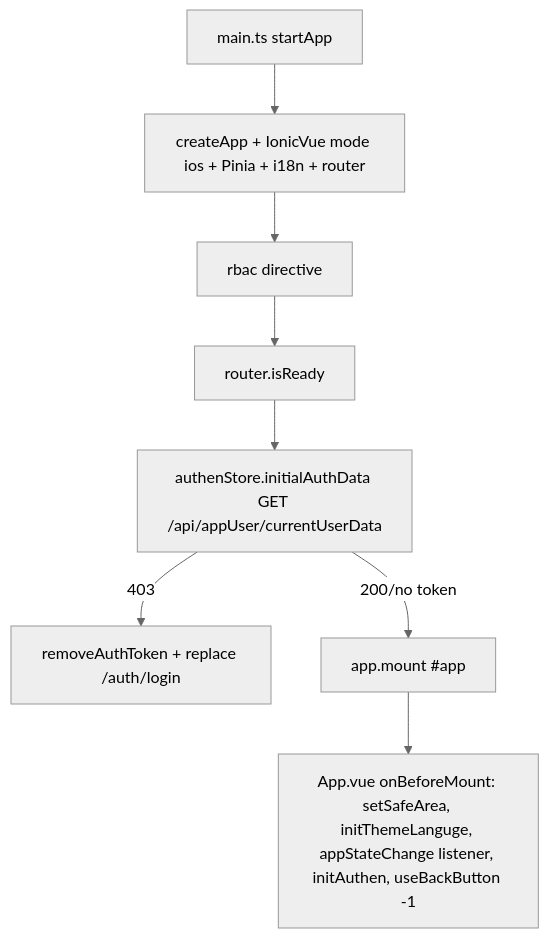
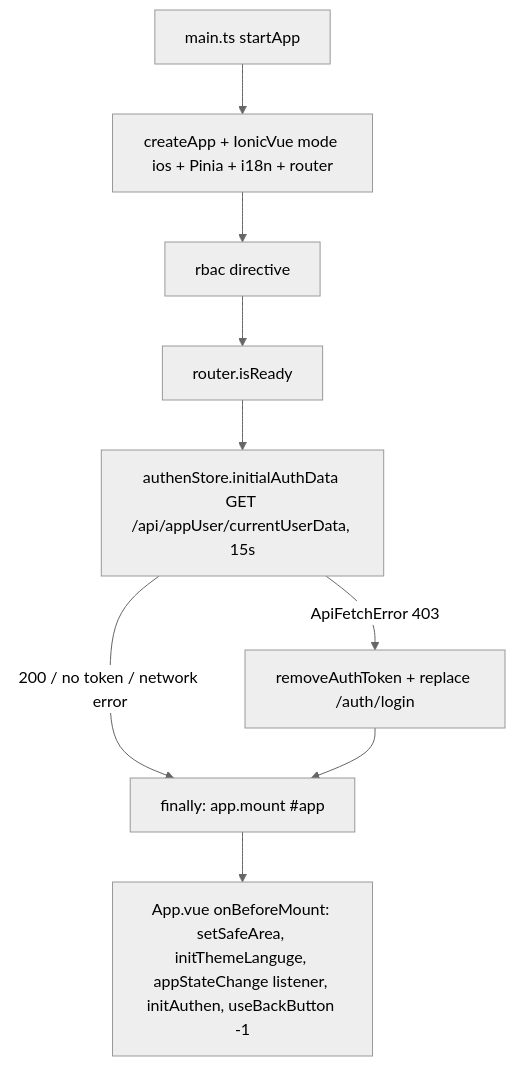
Before and after one commit to bekaku/vue-ionic-example-app: the first of 2 diagrams in docs/agent/MOBILE_ARCHITECTURE.md, drawn with Mermaid (neutral theme). The commit also changed other lines of this file and 38 other files, not shown here.

````diff
--- a/docs/agent/MOBILE_ARCHITECTURE.md
+++ b/docs/agent/MOBILE_ARCHITECTURE.md
@@ -24,10 +24,11 @@
 ```mermaid
 flowchart TD
   A[main.ts startApp] --> B[createApp + IonicVue mode ios + Pinia + i18n + router]
   B --> C[rbac directive]
   C --> D[router.isReady]
-  D --> E[authenStore.initialAuthData GET /api/appUser/currentUserData]
-  E -->|403| F[removeAuthToken + replace /auth/login]
-  E -->|200/no token| G[app.mount #app]
+  D --> E[authenStore.initialAuthData GET /api/appUser/currentUserData, 15s]
+  E -->|ApiFetchError 403| F[removeAuthToken + replace /auth/login]
+  E -->|200 / no token / network error| G
+  F --> G[finally: app.mount #app]
   G --> H[App.vue onBeforeMount: setSafeArea, initThemeLanguge, appStateChange listener, initAuthen, useBackButton -1]
 ```
````
